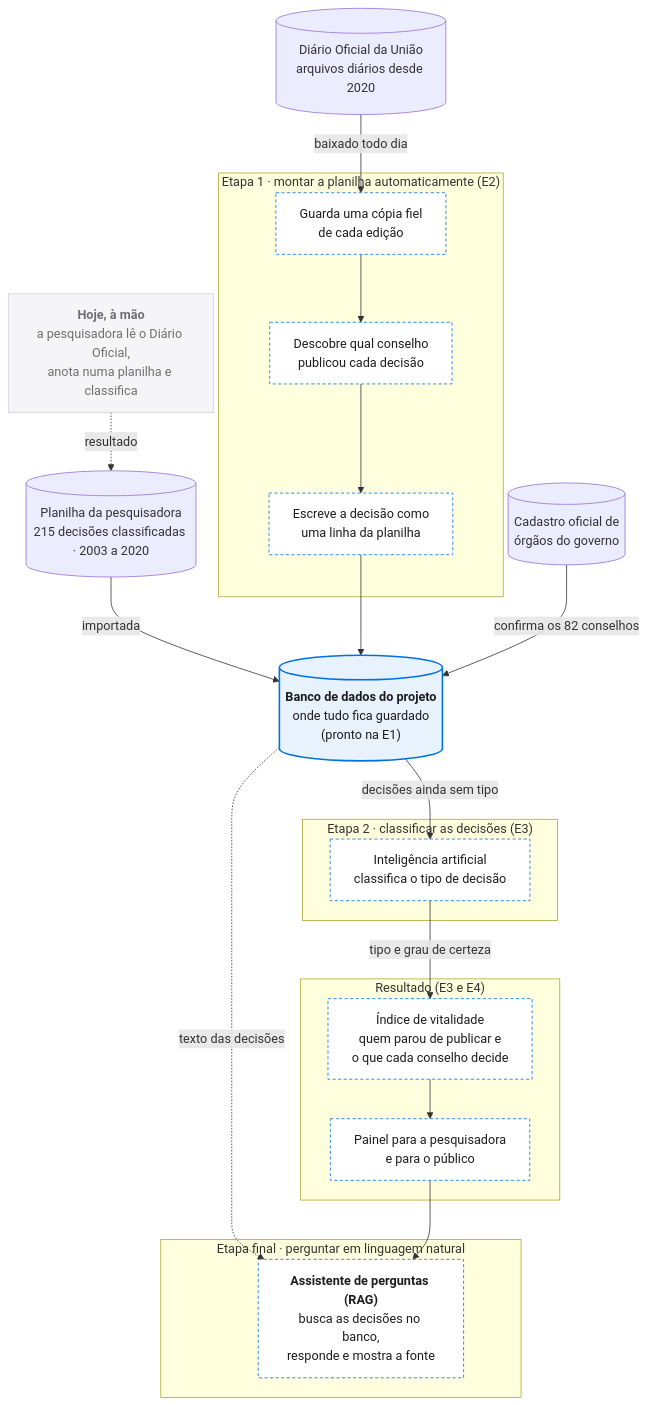
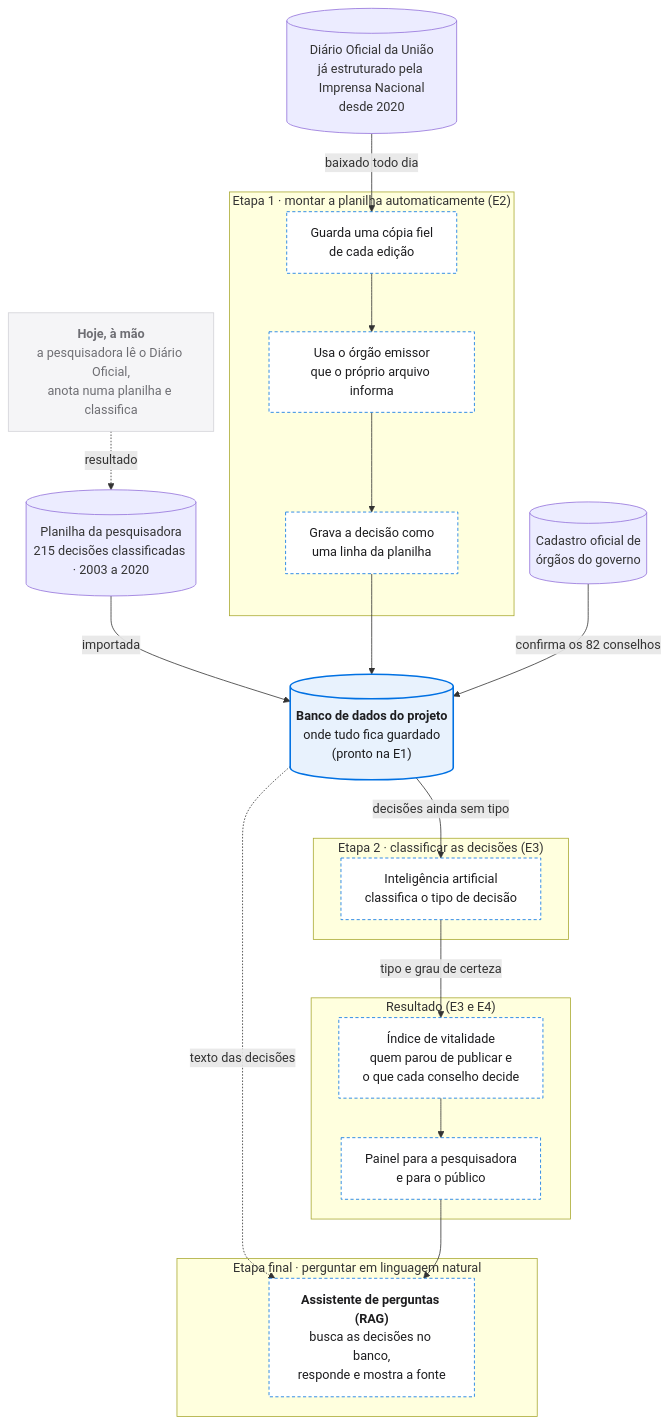
Before and after one commit to Luidooo/conselhos-vivos: the diagram in site/jornada-do-dado.md, drawn with Mermaid. The commit also changed other lines of this file and 1 other file, not shown here.

Commit message:
docs(site): a ingestão vem estruturada da Imprensa Nacional — sem parser

````diff
--- a/site/jornada-do-dado.md
+++ b/site/jornada-do-dado.md
@@ -52,41 +52,41 @@
 ```mermaid
 flowchart TB
   manual["<b>Hoje, à mão</b><br/>a pesquisadora lê o Diário Oficial,<br/>anota numa planilha e classifica"]
   manual -. "resultado" .-> xlsx[("Planilha da pesquisadora<br/>215 decisões classificadas · 2003 a 2020")]
   xlsx -- "importada" --> oltp
 
-  dou[("Diário Oficial da União<br/>arquivos diários desde 2020")] -- "baixado todo dia" --> bronze
+  dou[("Diário Oficial da União<br/>já estruturado pela Imprensa Nacional<br/>desde 2020")] -- "baixado todo dia" --> bronze
 
   subgraph etapa1["Etapa 1 · montar a planilha automaticamente (E2)"]
-    bronze["Guarda uma cópia fiel<br/>de cada edição"] --> conselho["Descobre qual conselho<br/>publicou cada decisão"]
-    conselho --> linha["Escreve a decisão como<br/>uma linha da planilha"]
+    bronze["Guarda uma cópia fiel<br/>de cada edição"] --> conselho["Usa o órgão emissor<br/>que o próprio arquivo informa"]
+    conselho --> linha["Grava a decisão como<br/>uma linha da planilha"]
   end
 
   linha --> oltp[("<b>Banco de dados do projeto</b><br/>onde tudo fica guardado<br/>(pronto na E1)")]
   siorg[("Cadastro oficial de<br/>órgãos do governo")] -- "confirma os 82 conselhos" --> oltp
 
   subgraph etapa2["Etapa 2 · classificar as decisões (E3)"]
     ia["Inteligência artificial<br/>classifica o tipo de decisão"]
   end
 
   oltp -- "decisões ainda sem tipo" --> ia
   ia -- "tipo e grau de certeza" --> ind
 
   subgraph consumo["Resultado (E3 e E4)"]
     ind["Índice de vitalidade<br/>quem parou de publicar e<br/>o que cada conselho decide"] --> pub["Painel para a pesquisadora<br/>e para o público"]
   end
 
   subgraph final["Etapa final · perguntar em linguagem natural"]
     rag["<b>Assistente de perguntas (RAG)</b><br/>busca as decisões no banco,<br/>responde e mostra a fonte"]
   end
 
   oltp -. "texto das decisões" .-> rag
   pub --> rag
 
   classDef manual fill:#f5f5f7,stroke:#d2d2d7,color:#6e6e73
   classDef feito fill:#e8f2fd,stroke:#0071e3,stroke-width:2px,color:#1d1d1f
   classDef proximo fill:#ffffff,stroke:#0071e3,stroke-dasharray:4 3,color:#1d1d1f
   class manual manual
   class oltp feito
   class bronze,conselho,linha,ia,ind,pub,rag proximo
 ```
````
